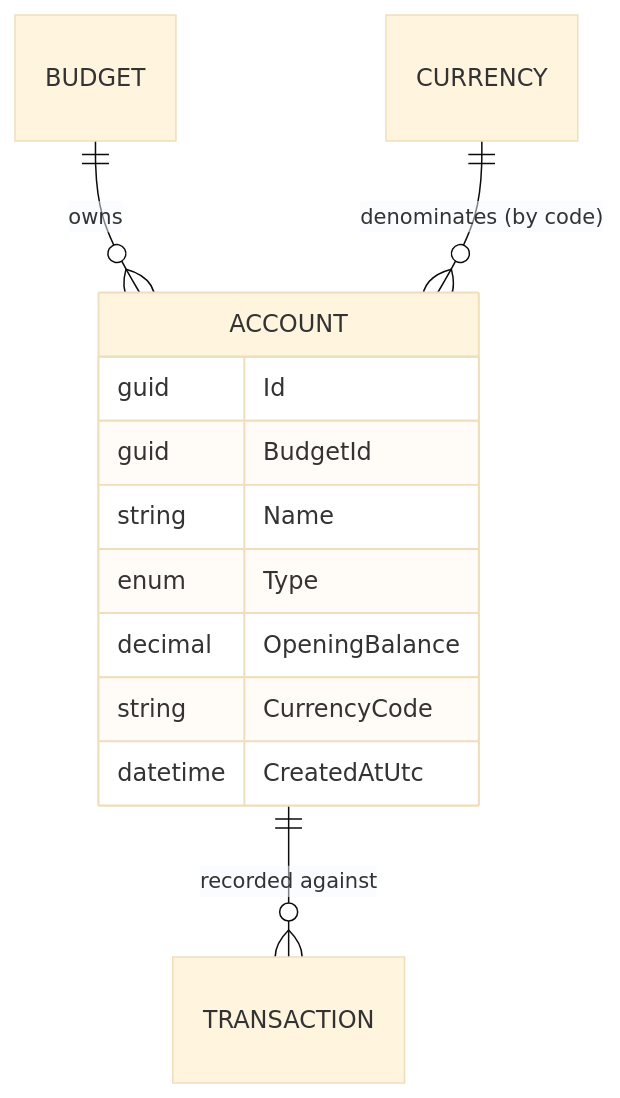
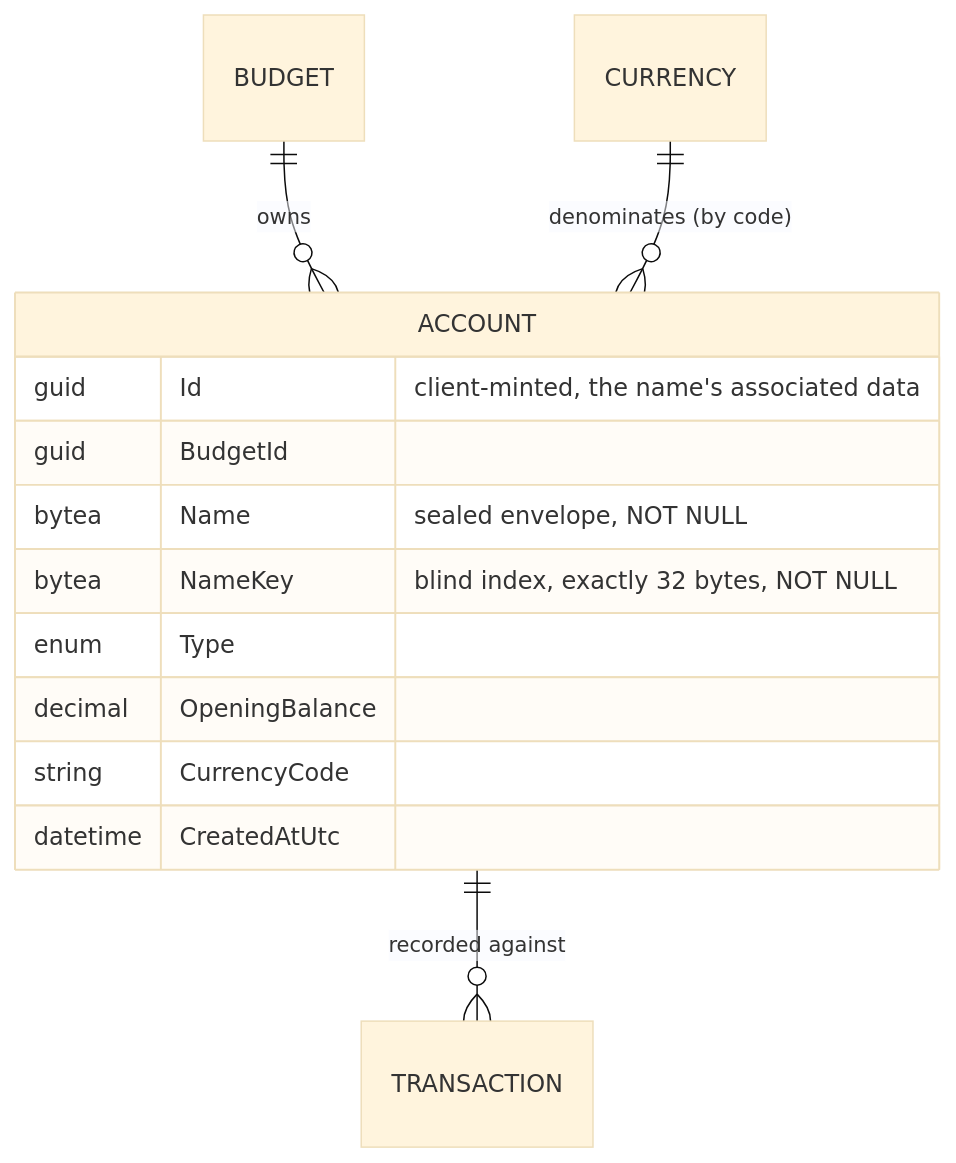
One commit to anton-kochev/budgetoid changed the diagram in docs/business-logic/accounts.md. Above: the diagram before and after it, drawn with Mermaid (base theme). The commit also changed other lines of this file and 62 other files, not shown here.

````diff
--- a/docs/business-logic/accounts.md
+++ b/docs/business-logic/accounts.md
@@ -27,15 +39,16 @@
 ```mermaid
 erDiagram
     BUDGET ||--o{ ACCOUNT : owns
     CURRENCY ||--o{ ACCOUNT : "denominates (by code)"
     ACCOUNT ||--o{ TRANSACTION : "recorded against"
     ACCOUNT {
-        guid Id
+        guid Id "client-minted, the name's associated data"
         guid BudgetId
-        string Name
+        bytea Name "sealed envelope, NOT NULL"
+        bytea NameKey "blind index, exactly 32 bytes, NOT NULL"
         enum Type
         decimal OpeningBalance
         string CurrencyCode
         datetime CreatedAtUtc
     }
 ```
````
